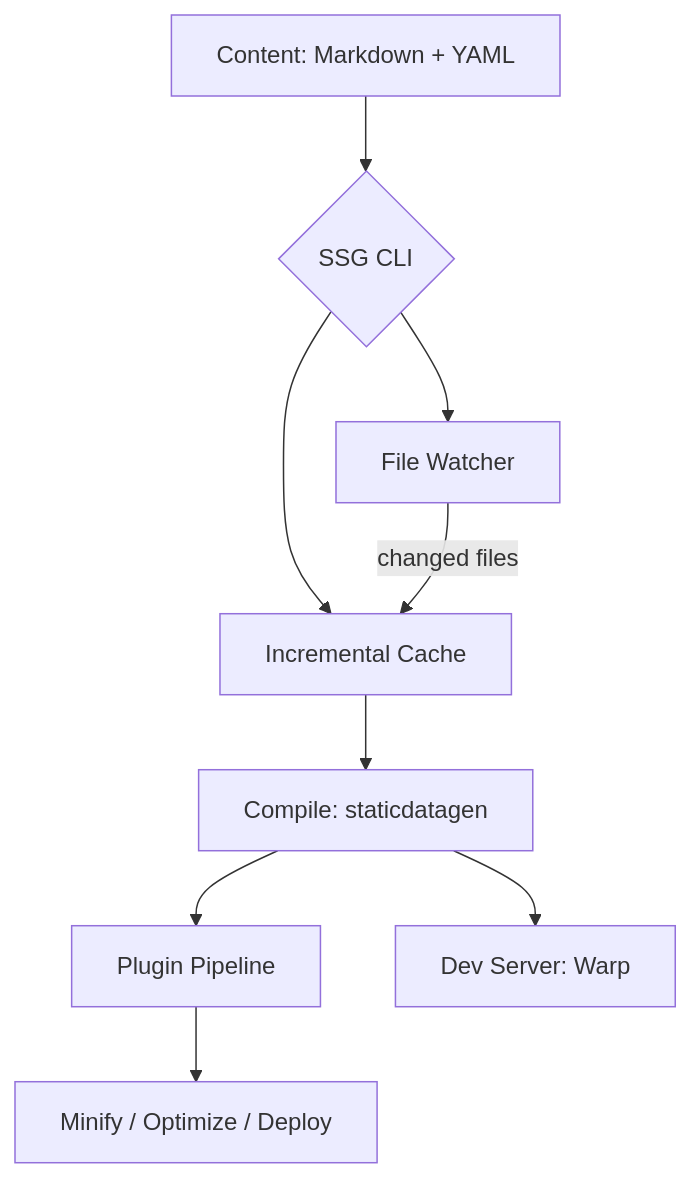
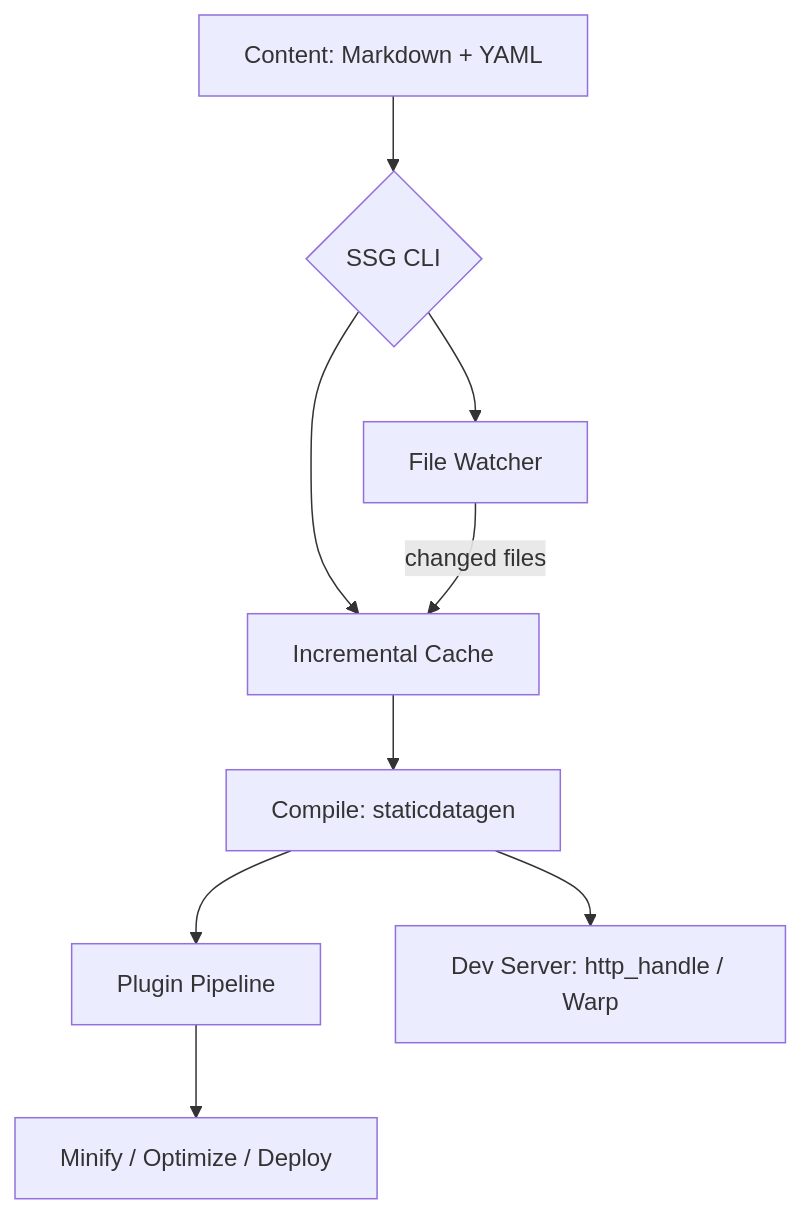
Before and after one commit to sebastienrousseau/shokunin: the diagram in README.md, drawn with Mermaid. The commit also changed other lines of this file and 8 other files, not shown here.

````diff
--- a/README.md
+++ b/README.md
@@ -52,11 +62,11 @@
 ```mermaid
 graph TD
     A[Content: Markdown + YAML] --> B{SSG CLI}
     B --> C[Incremental Cache]
     C --> D[Compile: staticdatagen]
     D --> E[Plugin Pipeline]
     E --> F[Minify / Optimize / Deploy]
-    D --> G[Dev Server: Warp]
+    D --> G[Dev Server: http_handle / Warp]
     B --> H[File Watcher]
     H -->|changed files| C
 ```
````
